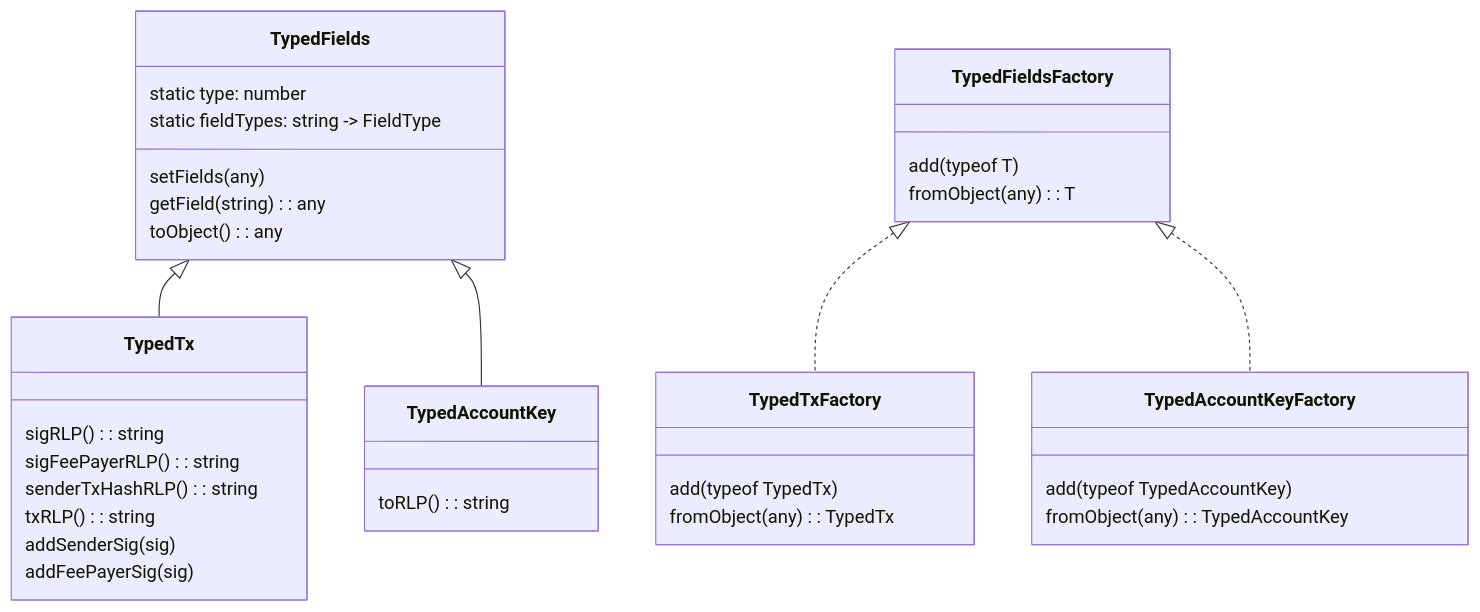
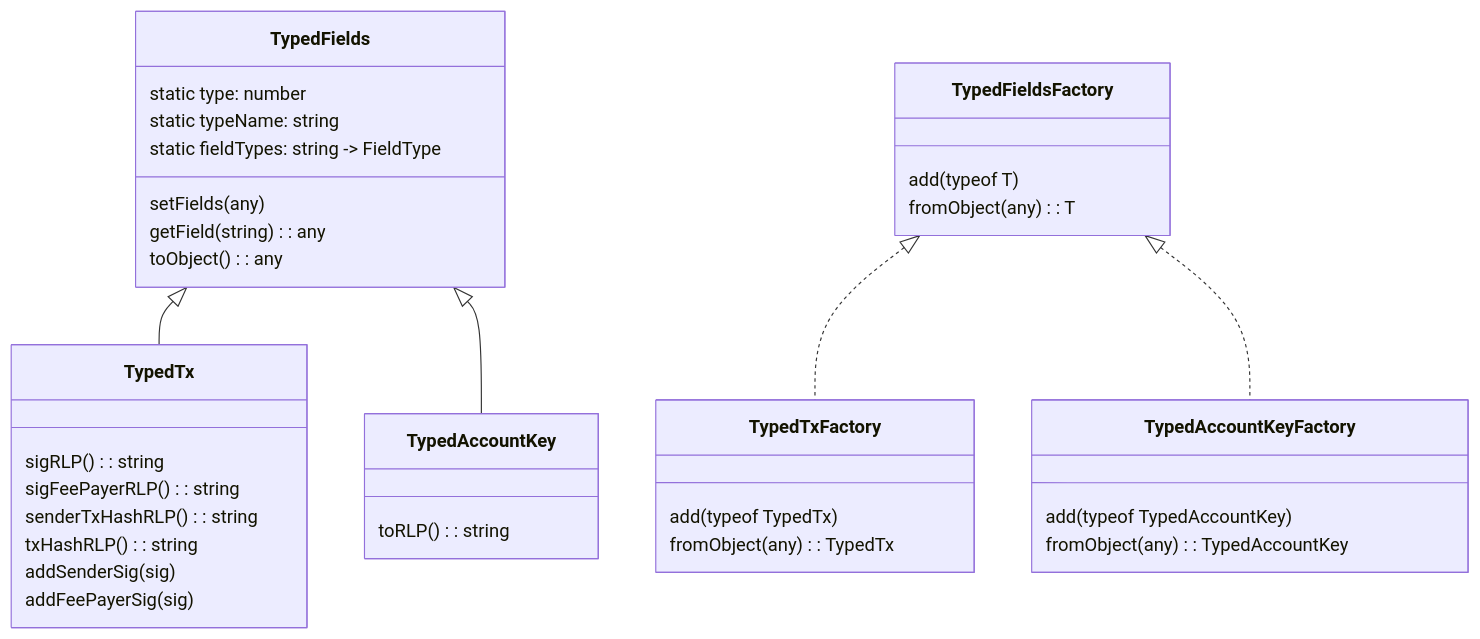
The first of 2 diagrams in README.md (blukat29/klaytn-sdk-design), drawn with Mermaid before and after one commit.

````diff
--- a/README.md
+++ b/README.md
@@ -34,38 +34,39 @@
 ```mermaid
 classDiagram
   TypedFields <|-- TypedTx
   TypedFields <|-- TypedAccountKey
   class TypedFields {
     static type: number
+    static typeName: string
     static fieldTypes: string -> FieldType
     setFields(any)
     getField(string): any
     toObject(): any
   }
   class TypedTx {
     sigRLP(): string
     sigFeePayerRLP(): string
     senderTxHashRLP(): string
-    txRLP(): string
+    txHashRLP(): string
     addSenderSig(sig)
     addFeePayerSig(sig)
   }
   class TypedAccountKey {
     toRLP(): string
   }
 
   TypedFieldsFactory <|.. TypedTxFactory
   TypedFieldsFactory <|.. TypedAccountKeyFactory
   class TypedFieldsFactory {
     add(typeof T)
     fromObject(any): T
   }
   class TypedTxFactory {
     add(typeof TypedTx)
     fromObject(any): TypedTx
   }
   class TypedAccountKeyFactory {
     add(typeof TypedAccountKey)
     fromObject(any): TypedAccountKey
   }
 ```
````
